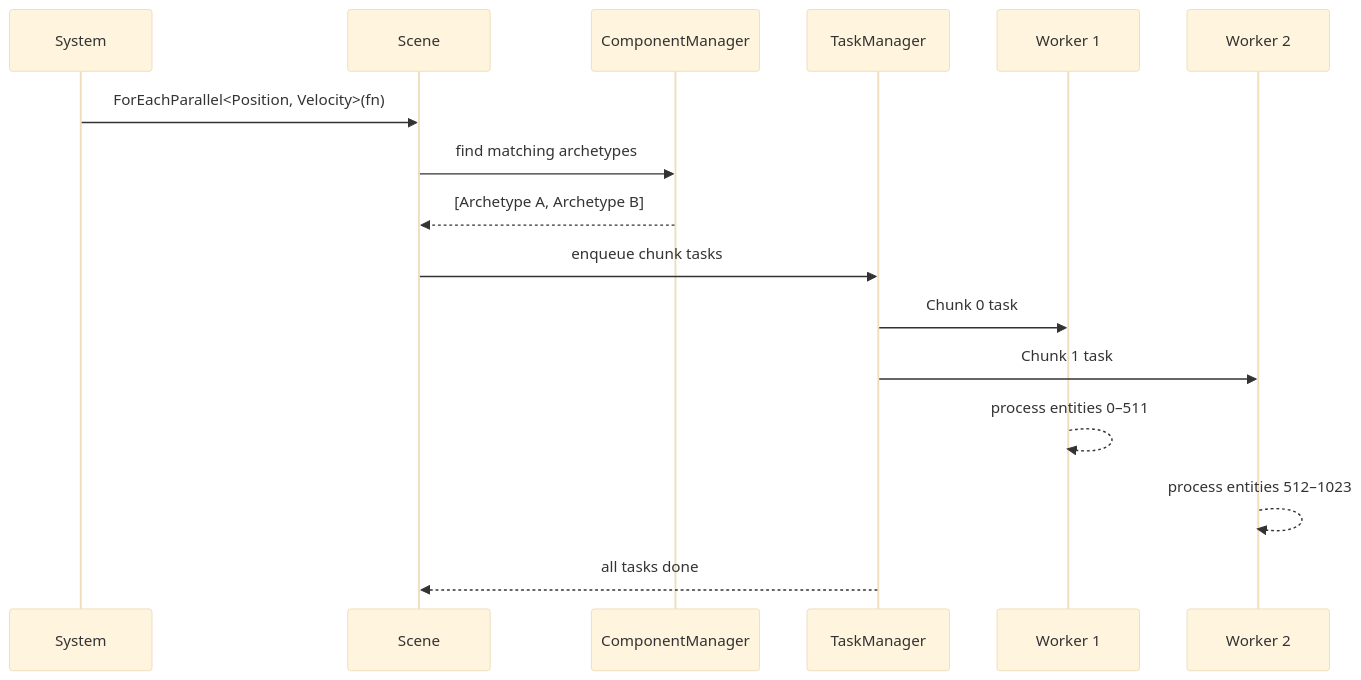
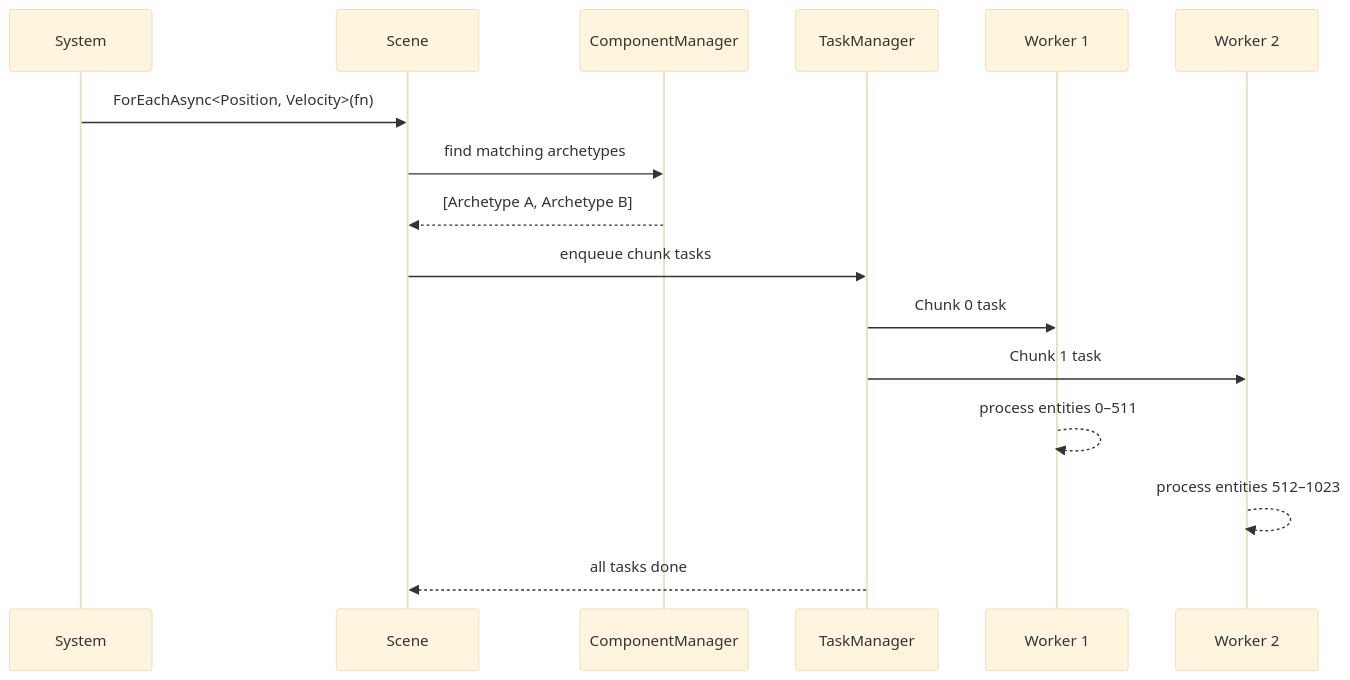
Before and after one commit to gilmar-sales/Freyr: the second of 2 diagrams in docs/concepts/architecture.md, drawn with Mermaid (base theme). The commit also changed other lines of this file and 12 other files, not shown here.

````diff
--- a/docs/concepts/architecture.md
+++ b/docs/concepts/architecture.md
@@ -89,19 +89,19 @@
 ```mermaid
 sequenceDiagram
     participant S as System
     participant SC as Scene
     participant CM as ComponentManager
     participant TM as TaskManager
     participant W1 as Worker 1
     participant W2 as Worker 2
 
-    S->>SC: ForEachParallel<Position, Velocity>(fn)
+    S->>SC: ForEachAsync<Position, Velocity>(fn)
     SC->>CM: find matching archetypes
     CM-->>SC: [Archetype A, Archetype B]
     SC->>TM: enqueue chunk tasks
     TM->>W1: Chunk 0 task
     TM->>W2: Chunk 1 task
     W1-->>W1: process entities 0–511
     W2-->>W2: process entities 512–1023
     TM-->>SC: all tasks done
 ```
````
